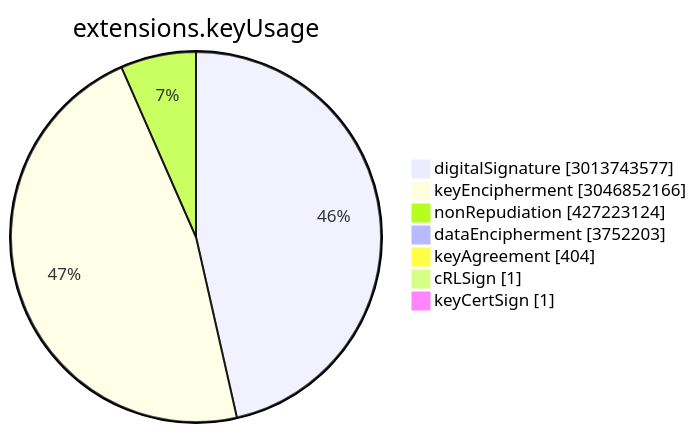
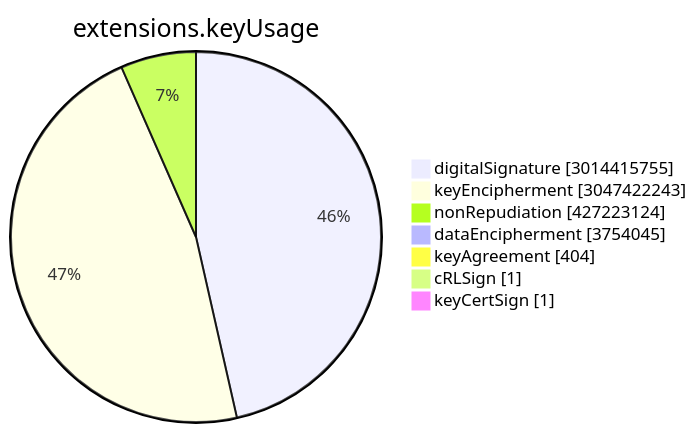
The sixth of 15 diagrams in TOTAL/README.md (christiankrug/ctmonitor_visualization), drawn with Mermaid before and after one commit. The commit also changed other lines of this file, not shown here.

````diff
--- a/TOTAL/README.md
+++ b/TOTAL/README.md
@@ -3076,11 +3076,11 @@
 ```mermaid
 pie showData
 title extensions.keyUsage
-"digitalSignature" :3013743577
-"keyEncipherment" :3046852166
+"digitalSignature" :3014415755
+"keyEncipherment" :3047422243
 "nonRepudiation" :427223124
-"dataEncipherment" :3752203
+"dataEncipherment" :3754045
 "keyAgreement" :404
 "cRLSign" :1
 "keyCertSign" :1
 ```
````
